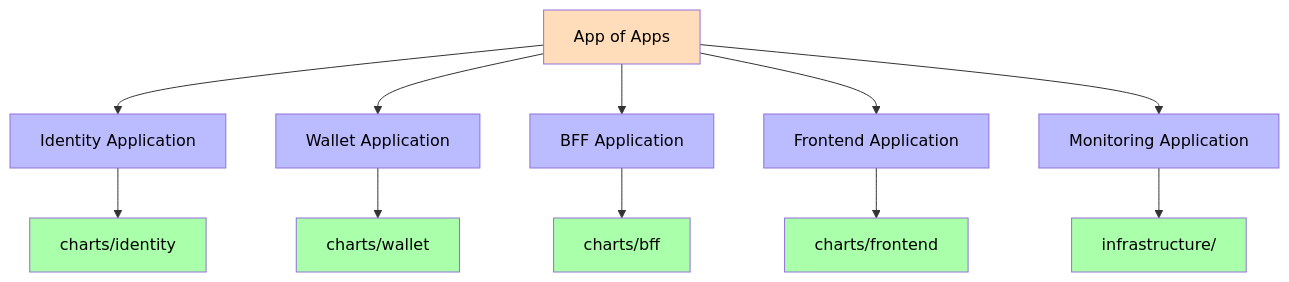
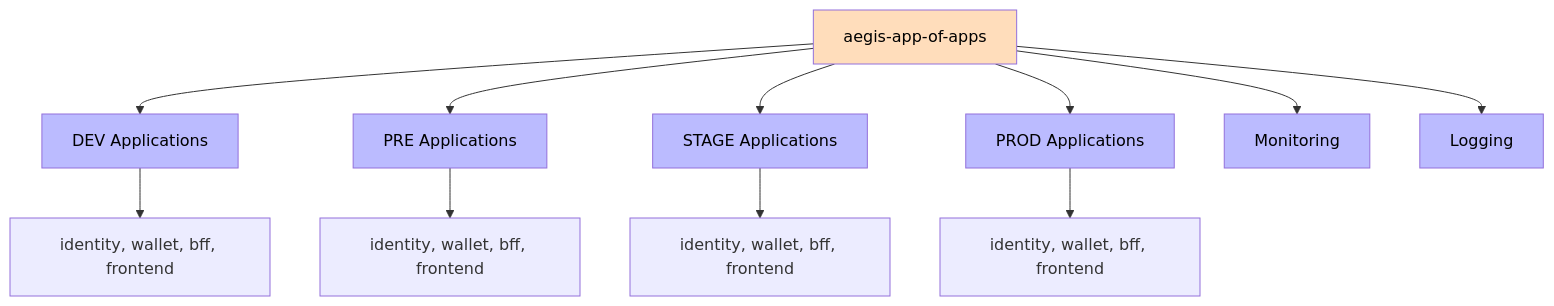
One commit to AlexAlvarezGallardo-GitHub/Aegis changed the second of 4 diagrams in docs/obsidian/05 - Infrastructure/Argo CD.md. Above: the diagram before and after it, drawn with Mermaid. The commit also changed other lines of this file, not shown here.

Commit message:
docs(infra): document argocd bootstrap, app of apps and promotion flow

````diff
--- a/docs/obsidian/05 - Infrastructure/Argo CD.md
+++ b/docs/obsidian/05 - Infrastructure/Argo CD.md
@@ -13,26 +34,22 @@
 ```mermaid
 graph TB
-    AppOfApps[App of Apps] --> Identity[Identity Application]
-    AppOfApps --> Wallet[Wallet Application]
-    AppOfApps --> BFF[BFF Application]
-    AppOfApps --> Frontend[Frontend Application]
-    AppOfApps --> Monitoring[Monitoring Application]
+    Root[aegis-app-of-apps] --> Dev[DEV Applications]
+    Root --> Pre[PRE Applications]
+    Root --> Stage[STAGE Applications]
+    Root --> Prod[PROD Applications]
+    Root --> Mon[Monitoring]
+    Root --> Log[Logging]
 
-    Identity --> ChartsI[charts/identity]
-    Wallet --> ChartsW[charts/wallet]
-    BFF --> ChartsB[charts/bff]
-    Frontend --> ChartsF[charts/frontend]
-    Monitoring --> Infra[infrastructure/]
+    Dev --> DevS[identity, wallet, bff, frontend]
+    Pre --> PreS[identity, wallet, bff, frontend]
+    Stage --> StageS[identity, wallet, bff, frontend]
+    Prod --> ProdS[identity, wallet, bff, frontend]
 
-    style AppOfApps fill:#fdb,color:#000
-    style Identity fill:#bbf,color:#000
-    style Wallet fill:#bbf,color:#000
-    style BFF fill:#bbf,color:#000
-    style Frontend fill:#bbf,color:#000
-    style Monitoring fill:#bbf,color:#000
-    style ChartsI fill:#afa,color:#000
-    style ChartsW fill:#afa,color:#000
-    style ChartsB fill:#afa,color:#000
-    style ChartsF fill:#afa,color:#000
-    style Infra fill:#afa,color:#000
+    style Root fill:#fdb,color:#000
+    style Dev fill:#bbf,color:#000
+    style Pre fill:#bbf,color:#000
+    style Stage fill:#bbf,color:#000
+    style Prod fill:#bbf,color:#000
+    style Mon fill:#bbf,color:#000
+    style Log fill:#bbf,color:#000
 ```
````
